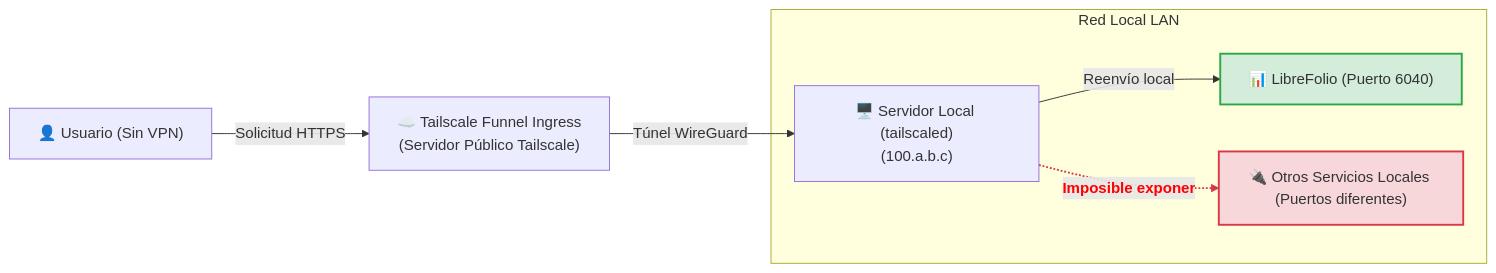
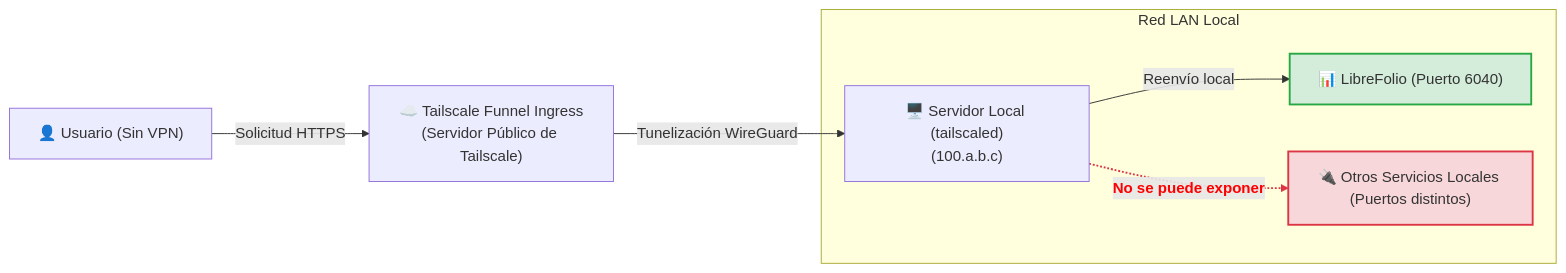
The fourth of 5 diagrams in mkdocs_src/docs/admin/tailscale_exposure.es.md (Librefolio/LibreFolio), drawn with Mermaid before and after one commit. The commit also changed other lines of this file and 13 other files, not shown here.

````diff
--- a/mkdocs_src/docs/admin/tailscale_exposure.es.md
+++ b/mkdocs_src/docs/admin/tailscale_exposure.es.md
@@ -295,12 +295,12 @@
 ```mermaid
 graph LR
-    User["👤 Usuario (Sin VPN)"] -->|Solicitud HTTPS| Funnel["☁️ Tailscale Funnel Ingress<br>(Servidor Público Tailscale)"]
-    Funnel -->|Túnel WireGuard| Server["🖥️ Servidor Local (tailscaled)<br>(100.a.b.c)"]
-    subgraph LAN ["Red Local LAN"]
-        Server -->|Reenvío local| LibreFolio["📊 LibreFolio (Puerto 6040)"]
-        Server -.->|"<font color='red'><b>Imposible exponer</b></font>"| Altro["🔌 Otros Servicios Locales (Puertos diferentes)"]
-    end
-    style LibreFolio fill:#d4edda,stroke:#28a745,stroke-width:2px;
-    style Altro fill:#f8d7da,stroke:#dc3545,stroke-width:2px;
-    linkStyle 3 stroke:#dc3545,stroke-width:2px;
+ User["👤 Usuario (Sin VPN)"] -->|Solicitud HTTPS| Funnel["☁️ Tailscale Funnel Ingress<br>(Servidor Público de Tailscale)"]
+ Funnel -->|Tunelización WireGuard| Server["🖥️ Servidor Local (tailscaled)<br>(100.a.b.c)"]
+ subgraph LAN ["Red LAN Local"]
+ Server -->|Reenvío local| LibreFolio["📊 LibreFolio (Puerto 6040)"]
+ Server -.->|"<font color='red'><b>No se puede exponer</b></font>"| Other["🔌 Otros Servicios Locales (Puertos distintos)"]
+ end
+ style LibreFolio fill:#d4edda,stroke:#28a745,stroke-width:2px;
+ style Other fill:#f8d7da,stroke:#dc3545,stroke-width:2px;
+ linkStyle 3 stroke:#dc3545,stroke-width:2px;
 ```
````
